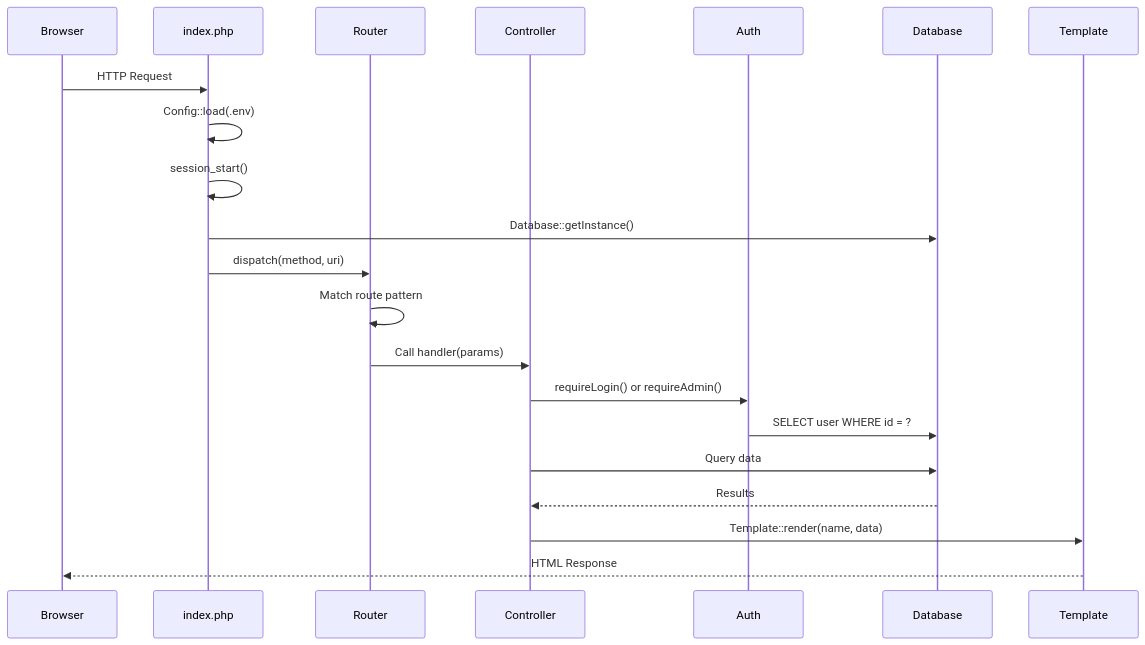
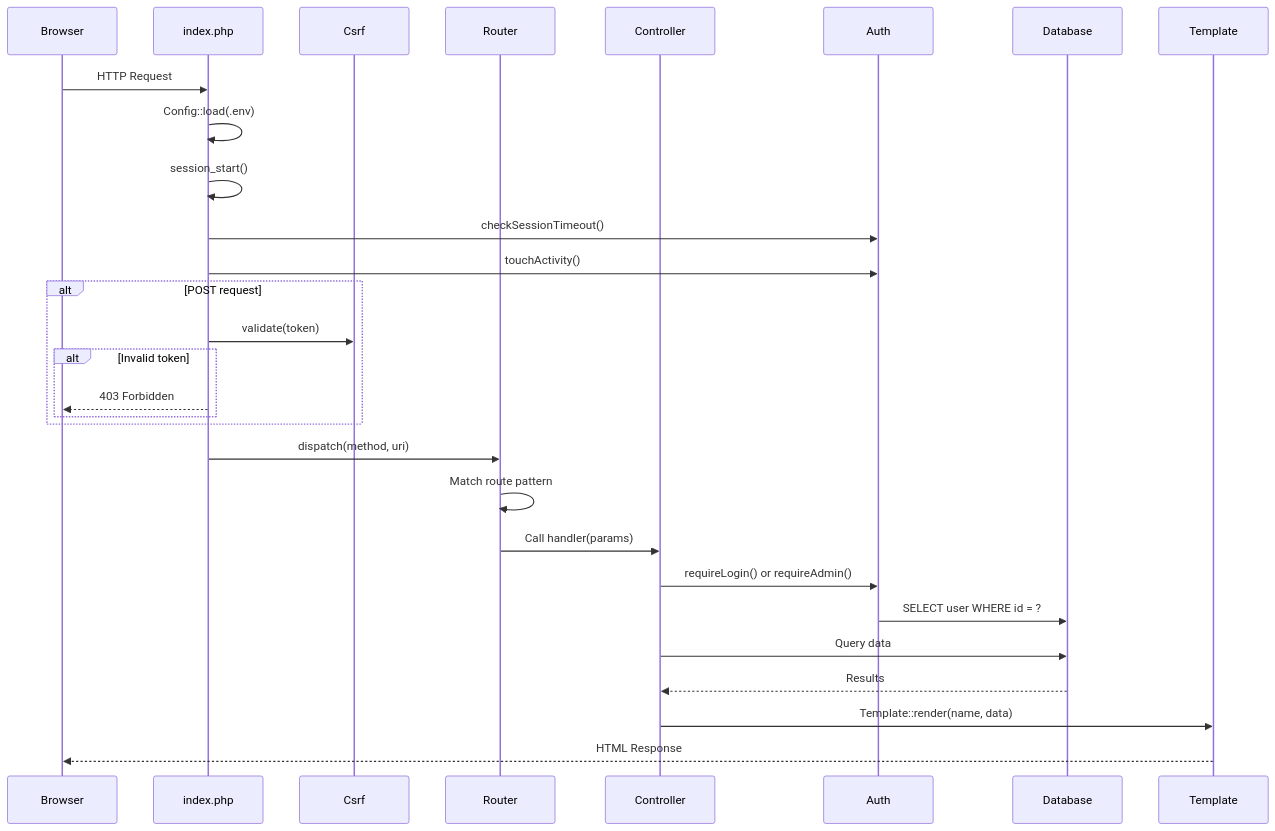
The second of 14 diagrams in doc/DEVELOPER.md (robsartin/heirloom), drawn with Mermaid before and after one commit. The commit also changed other lines of this file, not shown here.

First line of the commit message:
Add PHPDoc to all source files and update Mermaid diagrams

````diff
--- a/doc/DEVELOPER.md
+++ b/doc/DEVELOPER.md
@@ -51,24 +64,32 @@
 ```mermaid
 sequenceDiagram
     participant B as Browser
     participant I as index.php
+    participant CSRF as Csrf
     participant R as Router
     participant C as Controller
     participant A as Auth
     participant D as Database
     participant T as Template
 
     B->>I: HTTP Request
     I->>I: Config::load(.env)
     I->>I: session_start()
-    I->>D: Database::getInstance()
+    I->>A: checkSessionTimeout()
+    I->>A: touchActivity()
+    alt POST request
+        I->>CSRF: validate(token)
+        alt Invalid token
+            I-->>B: 403 Forbidden
+        end
+    end
     I->>R: dispatch(method, uri)
     R->>R: Match route pattern
     R->>C: Call handler(params)
     C->>A: requireLogin() or requireAdmin()
     A->>D: SELECT user WHERE id = ?
     C->>D: Query data
     D-->>C: Results
     C->>T: Template::render(name, data)
     T-->>B: HTML Response
 ```
````
